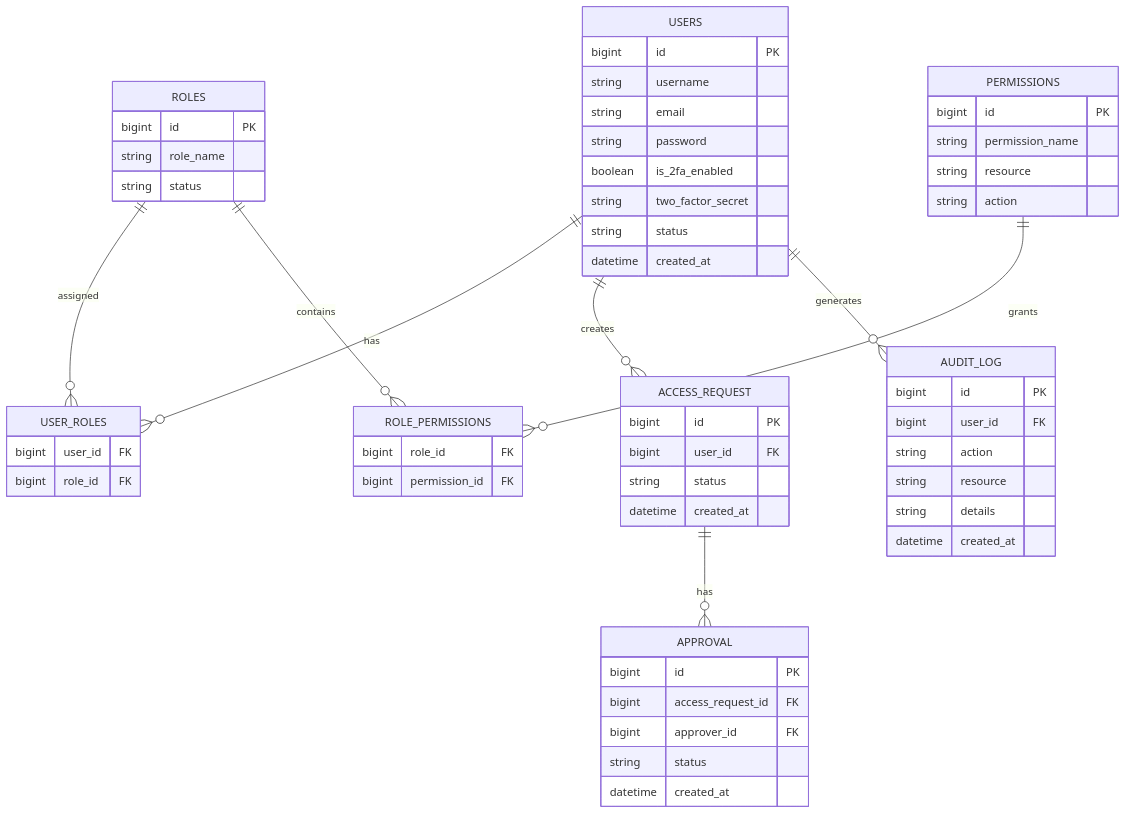
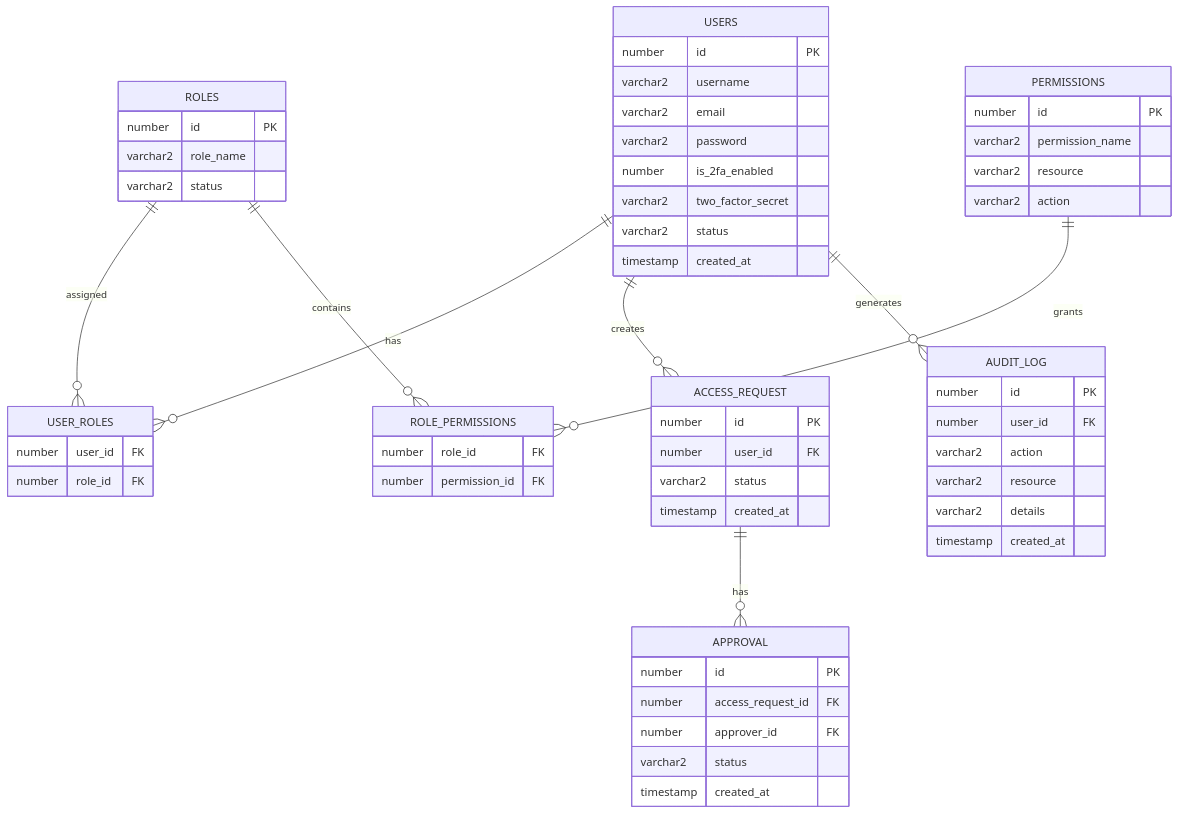
One commit to MotionPrograming/AuthorizationManagementSystem changed diagram 20 of 29 in README.md. Above: the diagram before and after it, drawn with Mermaid. The commit also changed other lines of this file, not shown here.

````diff
--- a/README.md
+++ b/README.md
@@ -870,70 +869,70 @@
 ```mermaid
 erDiagram
     USERS ||--o{ USER_ROLES : has
     ROLES ||--o{ USER_ROLES : assigned
     ROLES ||--o{ ROLE_PERMISSIONS : contains
     PERMISSIONS ||--o{ ROLE_PERMISSIONS : grants
     
     USERS ||--o{ ACCESS_REQUEST : creates
     ACCESS_REQUEST ||--o{ APPROVAL : has
     
     USERS ||--o{ AUDIT_LOG : generates
     
     USERS {
-        bigint id PK
-        string username
-        string email
-        string password
-        boolean is_2fa_enabled
-        string two_factor_secret
-        string status
-        datetime created_at
+        number id PK
+        varchar2 username
+        varchar2 email
+        varchar2 password
+        number is_2fa_enabled
+        varchar2 two_factor_secret
+        varchar2 status
+        timestamp created_at
     }
     
     ROLES {
-        bigint id PK
-        string role_name
-        string status
+        number id PK
+        varchar2 role_name
+        varchar2 status
     }
     
     PERMISSIONS {
-        bigint id PK
-        string permission_name
-        string resource
-        string action
+        number id PK
+        varchar2 permission_name
+        varchar2 resource
+        varchar2 action
     }
     
     USER_ROLES {
-        bigint user_id FK
-        bigint role_id FK
+        number user_id FK
+        number role_id FK
     }
     
     ROLE_PERMISSIONS {
-        bigint role_id FK
-        bigint permission_id FK
+        number role_id FK
+        number permission_id FK
     }
     
     ACCESS_REQUEST {
-        bigint id PK
-        bigint user_id FK
-        string status
-        datetime created_at
+        number id PK
+        number user_id FK
+        varchar2 status
+        timestamp created_at
     }
     
     APPROVAL {
-        bigint id PK
-        bigint access_request_id FK
-        bigint approver_id FK
-        string status
-        datetime created_at
+        number id PK
+        number access_request_id FK
+        number approver_id FK
+        varchar2 status
+        timestamp created_at
     }
     
     AUDIT_LOG {
-        bigint id PK
-        bigint user_id FK
-        string action
-        string resource
-        string details
-        datetime created_at
+        number id PK
+        number user_id FK
+        varchar2 action
+        varchar2 resource
+        varchar2 details
+        timestamp created_at
     }
 ```
````
